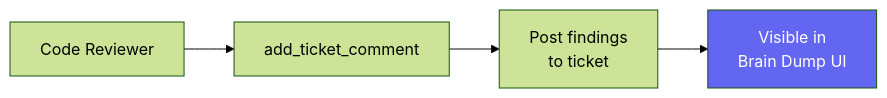
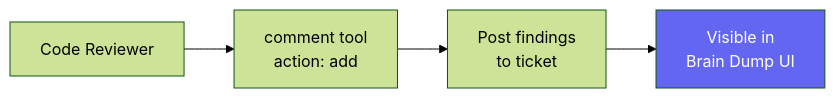
The seventh of 9 diagrams in docs/flows/code-review-pipeline.md (salmanrrana/brain-dump), drawn with Mermaid (forest theme) before and after one commit. The commit also changed 203 other files, not shown here.

````diff
--- a/docs/flows/code-review-pipeline.md
+++ b/docs/flows/code-review-pipeline.md
@@ -286,8 +286,8 @@
 ```mermaid
 flowchart LR
-    A["Code Reviewer"] --> B["add_ticket_comment"]
+    A["Code Reviewer"] --> B["comment tool<br/>action: add"]
     B --> C["Post findings<br/>to ticket"]
     C --> D["Visible in<br/>Brain Dump UI"]
 
     style D fill:#6366f1,color:#fff
 ```
````
